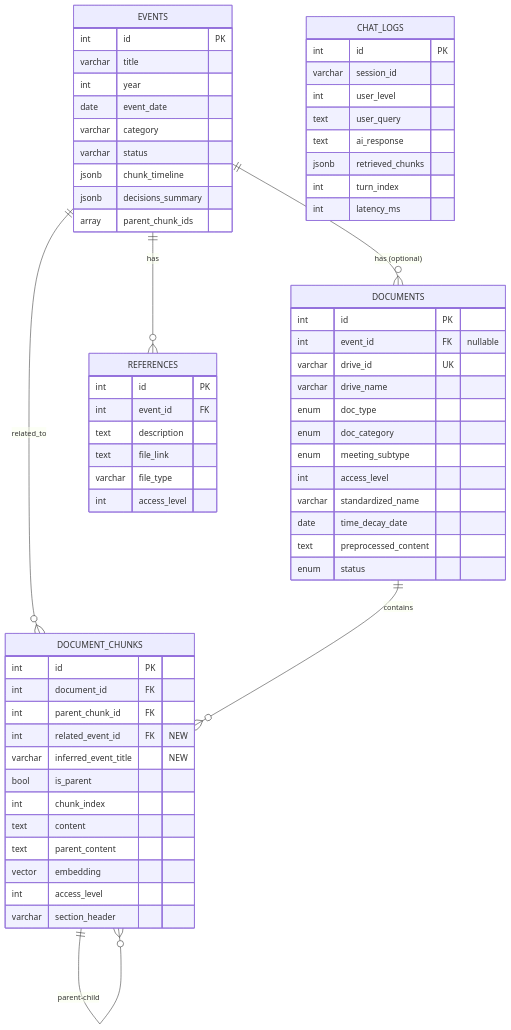
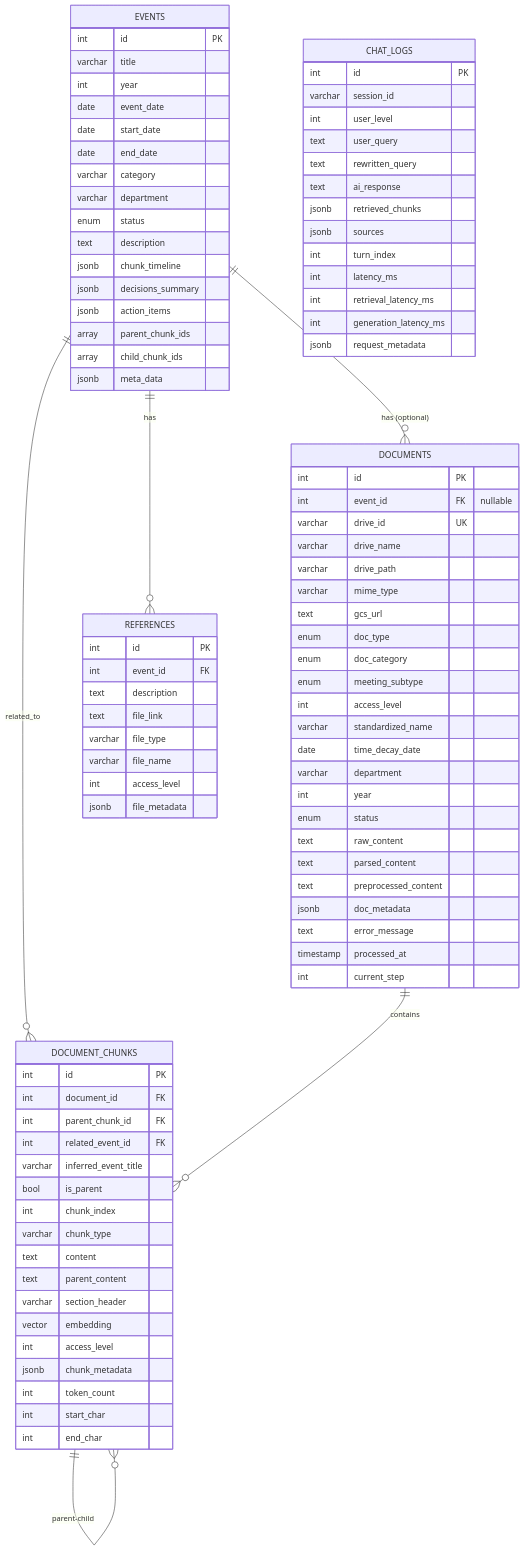
Before and after one commit to gun9212/2025Winter_4th: the diagram in docs/db_schema.md, drawn with Mermaid. The commit also changed other lines of this file and 3 other files, not shown here.

Commit message:
"fix: API, DB스키마, Celery Task, 추가 기능 FLOW 마크다운 파일 최신화 반영"

````diff
--- a/docs/db_schema.md
+++ b/docs/db_schema.md
@@ -20,11 +23,18 @@
         varchar title
         int year
         date event_date
+        date start_date
+        date end_date
         varchar category
-        varchar status
+        varchar department
+        enum status
+        text description
         jsonb chunk_timeline
         jsonb decisions_summary
+        jsonb action_items
         array parent_chunk_ids
+        array child_chunk_ids
+        jsonb meta_data
     }
 
     DOCUMENTS {
@@ -32,29 +42,45 @@
         int event_id FK "nullable"
         varchar drive_id UK
         varchar drive_name
+        varchar drive_path
+        varchar mime_type
+        text gcs_url
         enum doc_type
         enum doc_category
         enum meeting_subtype
         int access_level
         varchar standardized_name
         date time_decay_date
+        varchar department
+        int year
+        enum status
+        text raw_content
+        text parsed_content
         text preprocessed_content
-        enum status
+        jsonb doc_metadata
+        text error_message
+        timestamp processed_at
+        int current_step
     }
 
     DOCUMENT_CHUNKS {
         int id PK
         int document_id FK
         int parent_chunk_id FK
-        int related_event_id FK "NEW"
-        varchar inferred_event_title "NEW"
+        int related_event_id FK
+        varchar inferred_event_title
         bool is_parent
         int chunk_index
+        varchar chunk_type
         text content
         text parent_content
+        varchar section_header
         vector embedding
         int access_level
-        varchar section_header
+        jsonb chunk_metadata
+        int token_count
+        int start_char
+        int end_char
     }
 
     REFERENCES {
@@ -63,7 +89,9 @@
         text description
         text file_link
         varchar file_type
+        varchar file_name
         int access_level
+        jsonb file_metadata
     }
 
     CHAT_LOGS {
@@ -71,9 +99,14 @@
         varchar session_id
         int user_level
         text user_query
+        text rewritten_query
         text ai_response
         jsonb retrieved_chunks
+        jsonb sources
         int turn_index
         int latency_ms
+        int retrieval_latency_ms
+        int generation_latency_ms
+        jsonb request_metadata
     }
 ```
````
